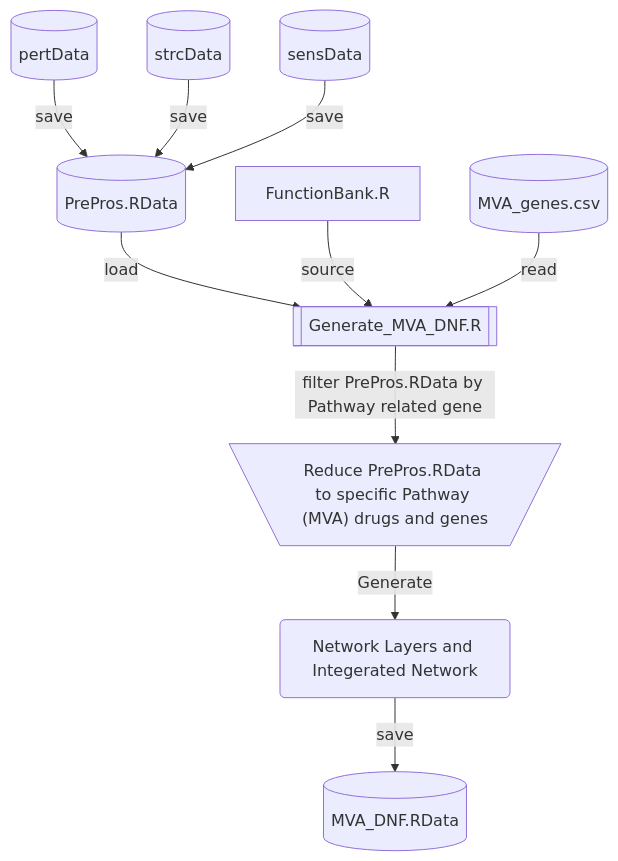
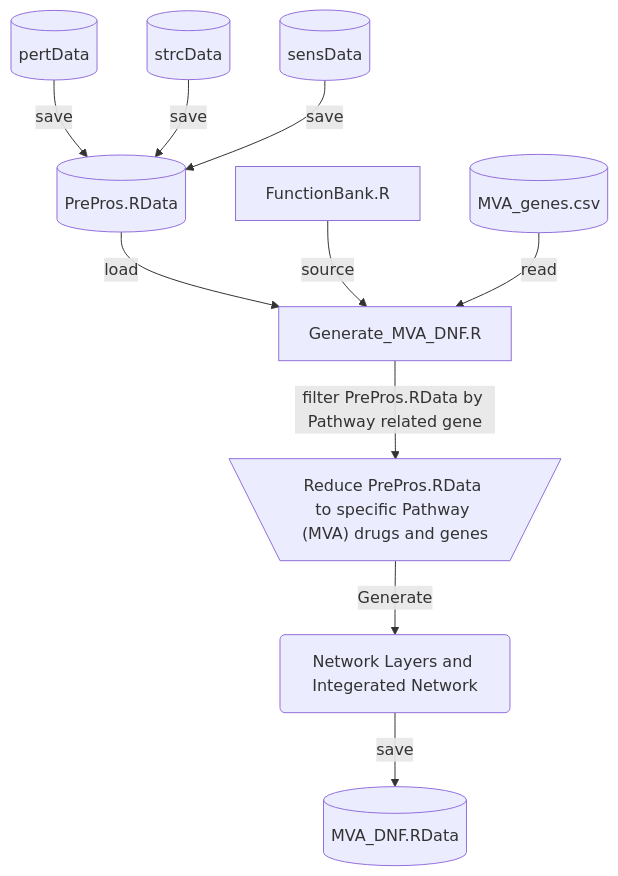
One commit to fdq09eca/MVA_DNF changed the diagram in chrisNotes/PertPathShiny_ChrisPresentation1.md. Above: the diagram before and after it, drawn with Mermaid. The commit also changed other lines of this file, not shown here.

```diff
--- a/chrisNotes/PertPathShiny_ChrisPresentation1.md
+++ b/chrisNotes/PertPathShiny_ChrisPresentation1.md
@@ -113,11 +113,11 @@
 ~~~mermaid
 graph TD
     pertData[(pertData)] -- save --> PrePros_RData[(PrePros.RData)]
     strcData[(strcData)] -- save --> PrePros_RData
     sensData[(sensData)] -- save --> PrePros_RData
-    PrePros_RData[(PrePros.RData)] --  load -->  GenDNFScript[[Generate_MVA_DNF.R]]
+    PrePros_RData[(PrePros.RData)] --  load -->  GenDNFScript["Generate_MVA_DNF.R"]
     FunctionBank_R[FunctionBank.R] --  source --> GenDNFScript
     Pathway[(MVA_genes.csv)] -- read --> GenDNFScript
     GenDNFScript -- filter PrePros.RData by Pathway related gene --> Reduce[\"Reduce PrePros.RData to specific Pathway (MVA) drugs and genes"/]
     Reduce -- Generate --> Gist("Network Layers and Integerated Network") -- save --> PathwayDNF[("MVA_DNF.RData")]
 ~~~
```
